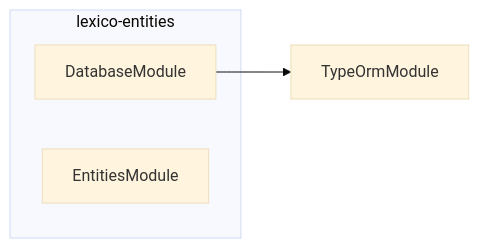
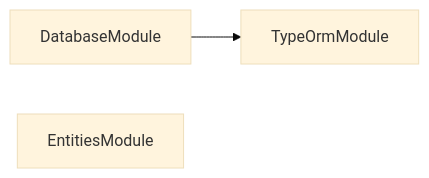
One commit to JimmyPaolini/codebase changed the second of 3 diagrams in packages/lexico-entities/README.md. Above: the diagram before and after it, drawn with Mermaid (base theme). The commit also changed other lines of this file and 241 other files, not shown here.

First line of the commit message:
feat(codependix,synchronization,deployments,documentation,codebase): ✨ add the codependix dependency-graph export suite (#335)

````diff
--- a/packages/lexico-entities/README.md
+++ b/packages/lexico-entities/README.md
@@ -107,9 +199,7 @@
 ```mermaid
 flowchart LR
-  subgraph group0["lexico-entities"]
-    DatabaseModule
-    EntitiesModule
-  end
+  DatabaseModule
+  EntitiesModule
   TypeOrmModule
   DatabaseModule --> TypeOrmModule
 ```
````
